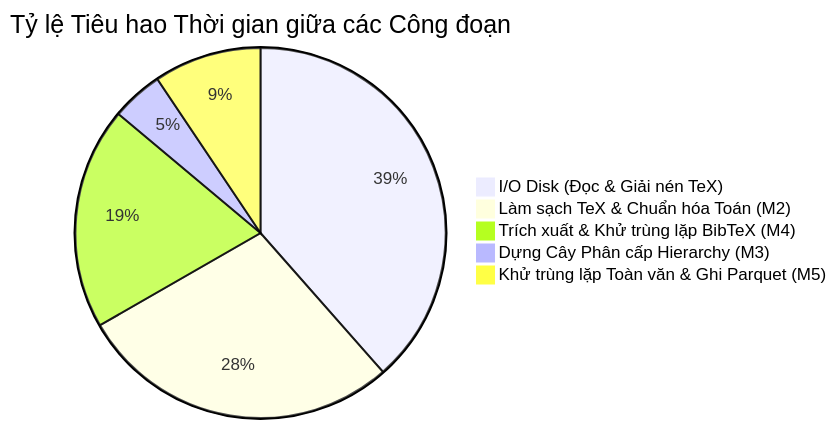
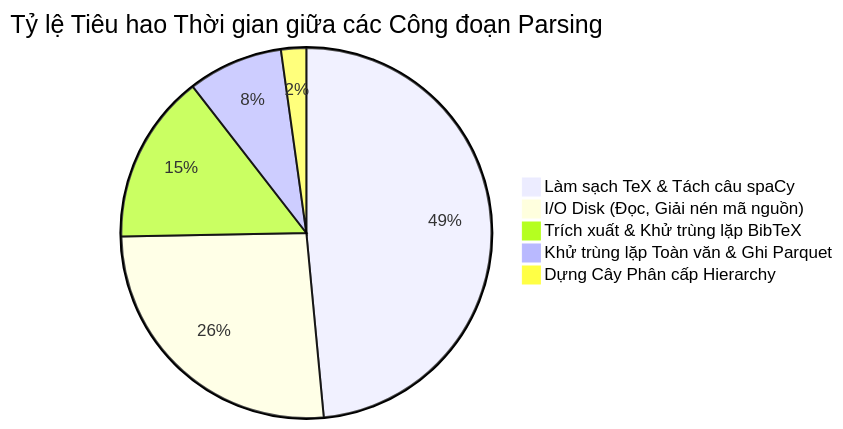
The diagram in book/02-parsing/04-benchmark.md (ChickenDev-cyber/arvix-report), drawn with Mermaid before and after one commit. The commit also changed other lines of this file and 7 other files, not shown here.

````diff
--- a/book/02-parsing/04-benchmark.md
+++ b/book/02-parsing/04-benchmark.md
@@ -43,8 +54,8 @@
 ```mermaid
-pie title Tỷ lệ Tiêu hao Thời gian giữa các Công đoạn
-    "I/O Disk (Đọc & Giải nén TeX)" : 38.5
-    "Làm sạch TeX & Chuẩn hóa Toán (M2)" : 28.2
-    "Trích xuất & Khử trùng lặp BibTeX (M4)" : 19.4
-    "Dựng Cây Phân cấp Hierarchy (M3)" : 4.5
-    "Khử trùng lặp Toàn văn & Ghi Parquet (M5)" : 9.4
+pie title Tỷ lệ Tiêu hao Thời gian giữa các Công đoạn Parsing
+    "Làm sạch TeX & Tách câu spaCy" : 48.5
+    "I/O Disk (Đọc, Giải nén mã nguồn)" : 26.2
+    "Trích xuất & Khử trùng lặp BibTeX" : 14.8
+    "Khử trùng lặp Toàn văn & Ghi Parquet" : 8.3
+    "Dựng Cây Phân cấp Hierarchy" : 2.2
 ```
````
